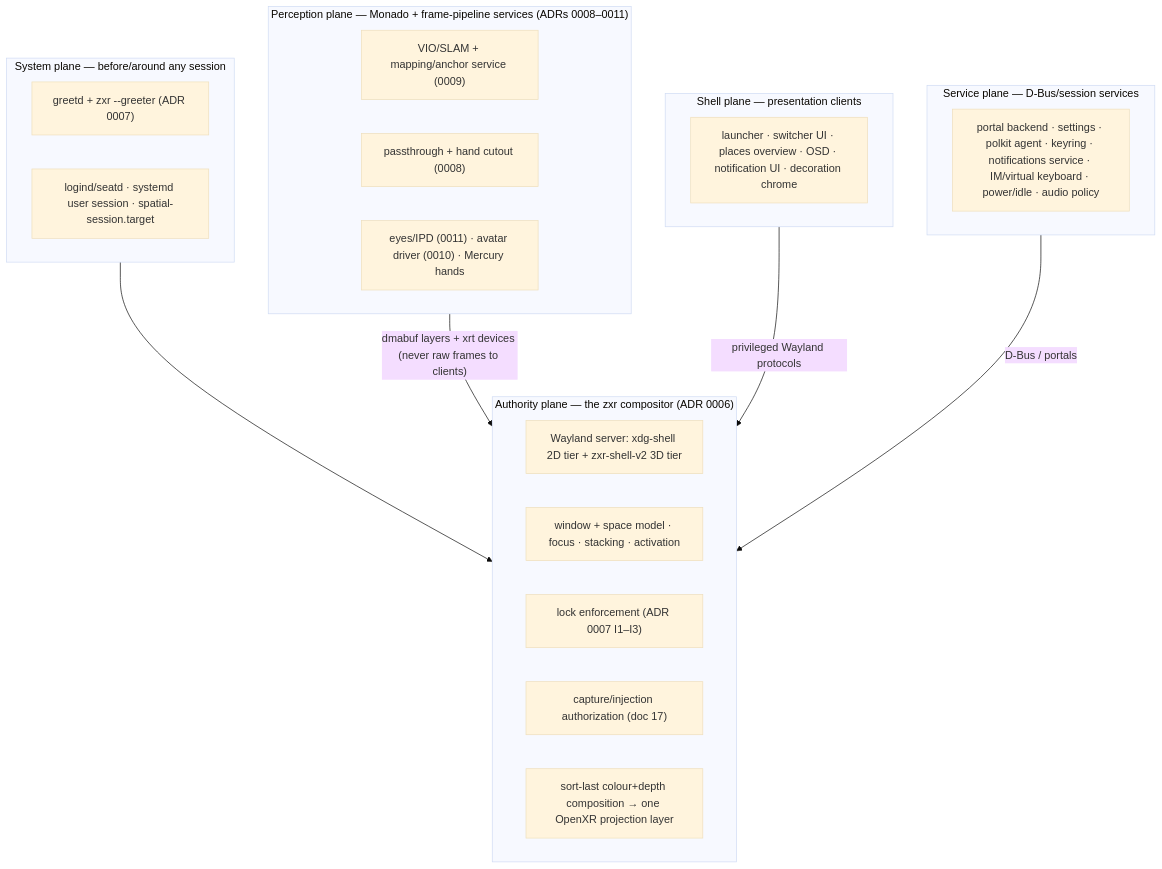
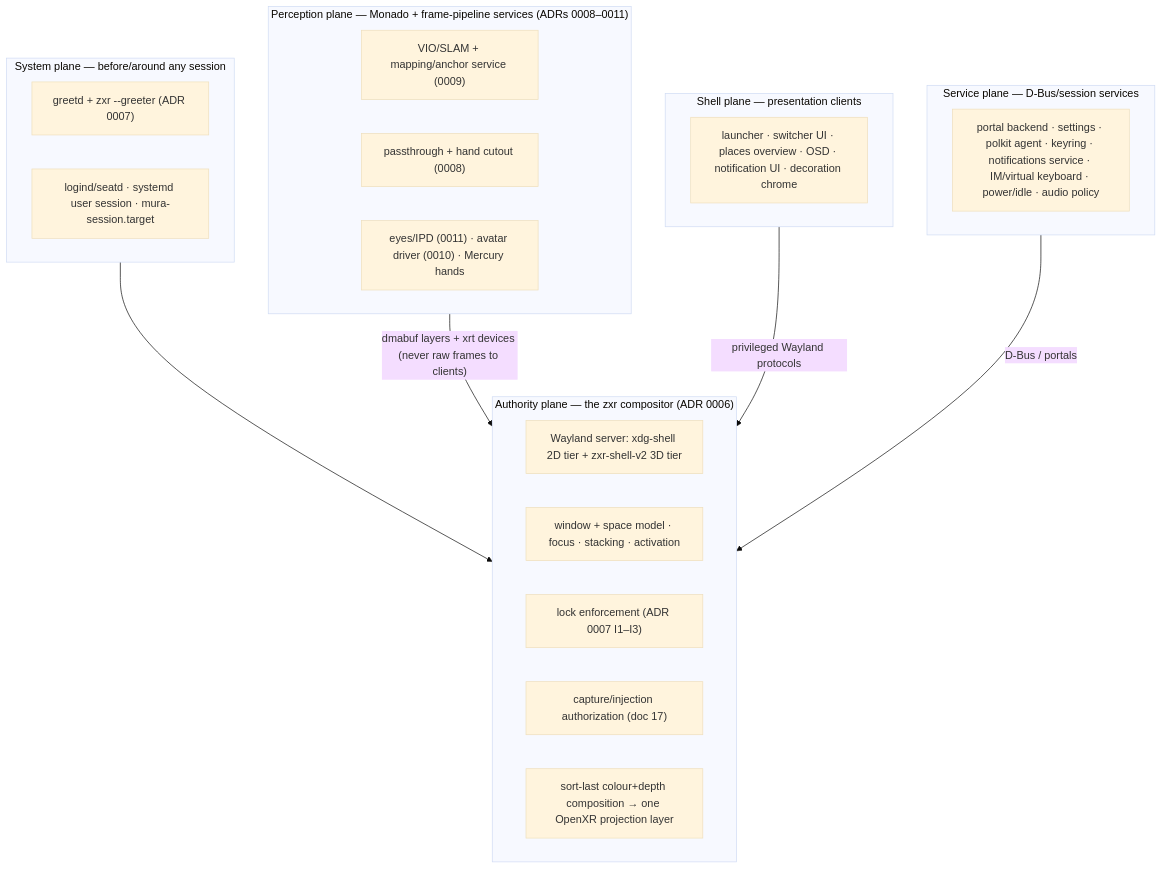
The diagram in docs/architecture/desktop-environment.md (mura-os/mura), drawn with Mermaid (base theme) before and after one commit. The commit also changed other lines of this file and 112 other files, not shown here.

Commit message:
rename spatial-os to Mura

````diff
--- a/docs/architecture/desktop-environment.md
+++ b/docs/architecture/desktop-environment.md
@@ -112,29 +112,29 @@
 ```mermaid
 flowchart TB
     subgraph sysplane ["System plane — before/around any session"]
         greetd["greetd + zxr --greeter (ADR 0007)"]
-        seat["logind/seatd · systemd user session · spatial-session.target"]
+        seat["logind/seatd · systemd user session · mura-session.target"]
     end
     subgraph authplane ["Authority plane — the zxr compositor (ADR 0006)"]
         wl["Wayland server: xdg-shell 2D tier + zxr-shell-v2 3D tier"]
         wm["window + space model · focus · stacking · activation"]
         lock["lock enforcement (ADR 0007 I1–I3)"]
         cap["capture/injection authorization (doc 17)"]
         compose["sort-last colour+depth composition → one OpenXR projection layer"]
     end
     subgraph percplane ["Perception plane — Monado + frame-pipeline services (ADRs 0008–0011)"]
         vio["VIO/SLAM + mapping/anchor service (0009)"]
         pass["passthrough + hand cutout (0008)"]
         eyes["eyes/IPD (0011) · avatar driver (0010) · Mercury hands"]
     end
     subgraph shellplane ["Shell plane — presentation clients"]
         panels["launcher · switcher UI · places overview · OSD · notification UI · decoration chrome"]
     end
     subgraph svcplane ["Service plane — D-Bus/session services"]
         services["portal backend · settings · polkit agent · keyring · notifications service · IM/virtual keyboard · power/idle · audio policy"]
     end
     sysplane --> authplane
     percplane -->|"dmabuf layers + xrt devices (never raw frames to clients)"| authplane
     shellplane -->|"privileged Wayland protocols"| authplane
     svcplane -->|"D-Bus / portals"| authplane
 ```
````
